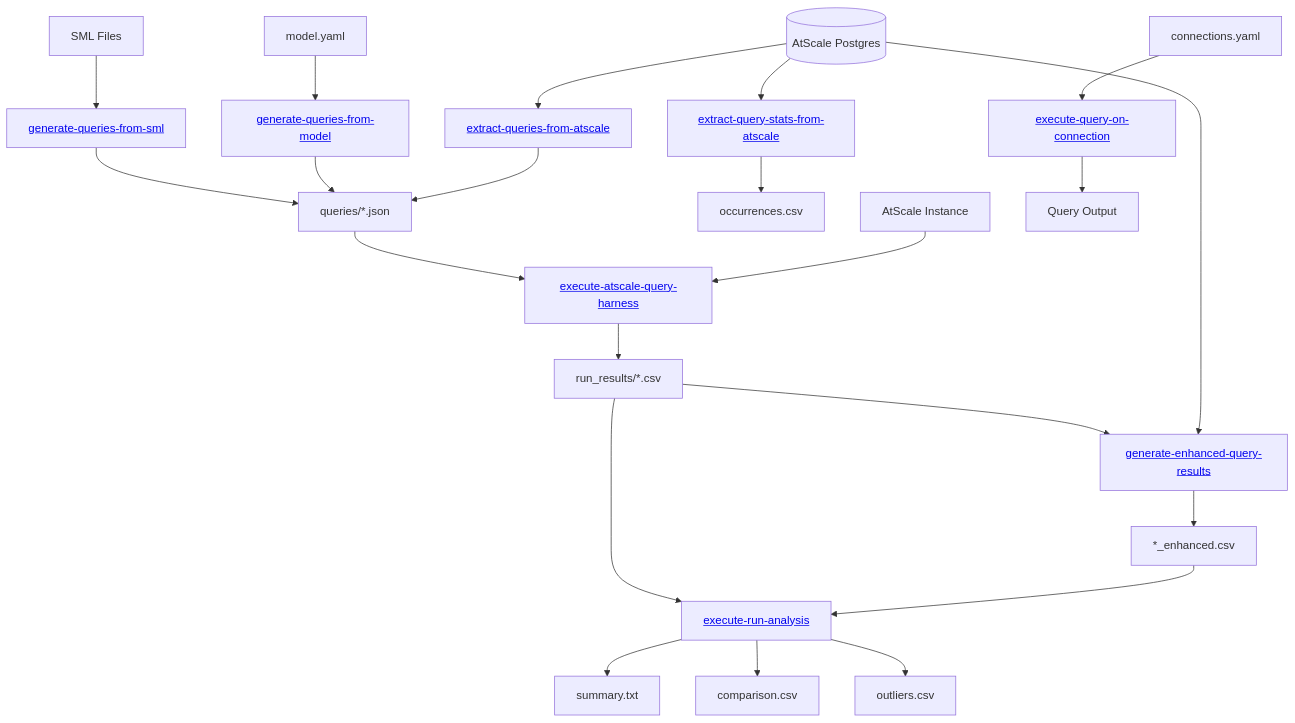
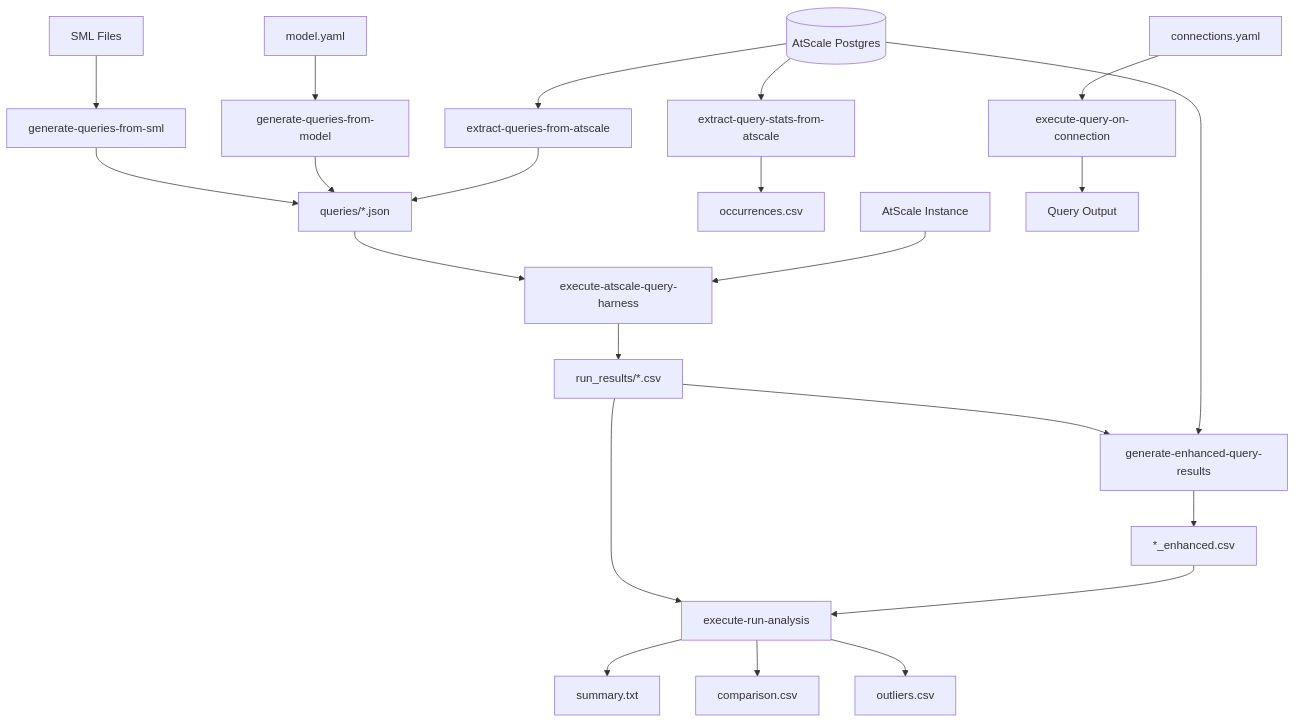
The fifth of 7 diagrams in docs/ACTIONS.md (AtScaleInc/ps-utils), drawn with Mermaid before and after one commit. The commit also changed other lines of this file and 1 other file, not shown here.

Commit message:
fix: remove HTML links from mermaid diagrams in README and ACTIONS documentation

````diff
--- a/docs/ACTIONS.md
+++ b/docs/ACTIONS.md
@@ -67,18 +63,17 @@
 ```mermaid
-%%{init: {"flowchart": {"htmlLabels": true}} }%%
 flowchart TD
-    SML["SML Files"] --> G["<a href='#generate-queries-from-sml'>generate-queries-from-sml</a>"] --> QJSON["queries/*.json"]
-    MODEL["model.yaml"] --> H["<a href='#generate-queries-from-model'>generate-queries-from-model</a>"] --> QJSON
-    ATSDB[("AtScale Postgres")] --> A["<a href='#extract-query-stats-from-atscale'>extract-query-stats-from-atscale</a>"] --> STATS["occurrences.csv"]
-    ATSDB --> B["<a href='#extract-queries-from-atscale'>extract-queries-from-atscale</a>"] --> QJSON
-    QJSON --> C["<a href='#execute-atscale-query-harness'>execute-atscale-query-harness</a>"] --> RUN["run_results/*.csv"]
+    SML["SML Files"] --> G["generate-queries-from-sml"] --> QJSON["queries/*.json"]
+    MODEL["model.yaml"] --> H["generate-queries-from-model"] --> QJSON
+    ATSDB[("AtScale Postgres")] --> A["extract-query-stats-from-atscale"] --> STATS["occurrences.csv"]
+    ATSDB --> B["extract-queries-from-atscale"] --> QJSON
+    QJSON --> C["execute-atscale-query-harness"] --> RUN["run_results/*.csv"]
     ATS["AtScale Instance"] --> C
-    CONN["connections.yaml"] --> D["<a href='#execute-query-on-connection'>execute-query-on-connection</a>"] --> QOUT["Query Output"]
-    RUN --> E["<a href='#generate-enhanced-query-results'>generate-enhanced-query-results</a>"] --> ECSV["*_enhanced.csv"]
+    CONN["connections.yaml"] --> D["execute-query-on-connection"] --> QOUT["Query Output"]
+    RUN --> E["generate-enhanced-query-results"] --> ECSV["*_enhanced.csv"]
     ATSDB --> E
-    RUN --> F["<a href='#execute-run-analysis'>execute-run-analysis</a>"]
+    RUN --> F["execute-run-analysis"]
     ECSV --> F
     F --> SUMMARY["summary.txt"]
     F --> COMPARISON["comparison.csv"]
     F --> OUTLIERS["outliers.csv"]
 ```
````
